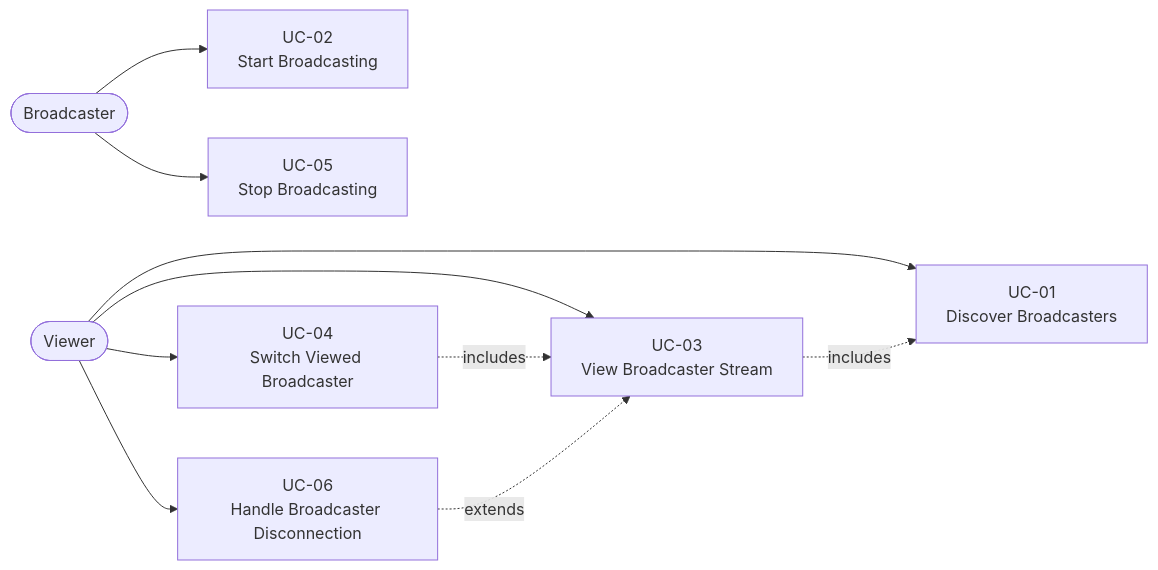
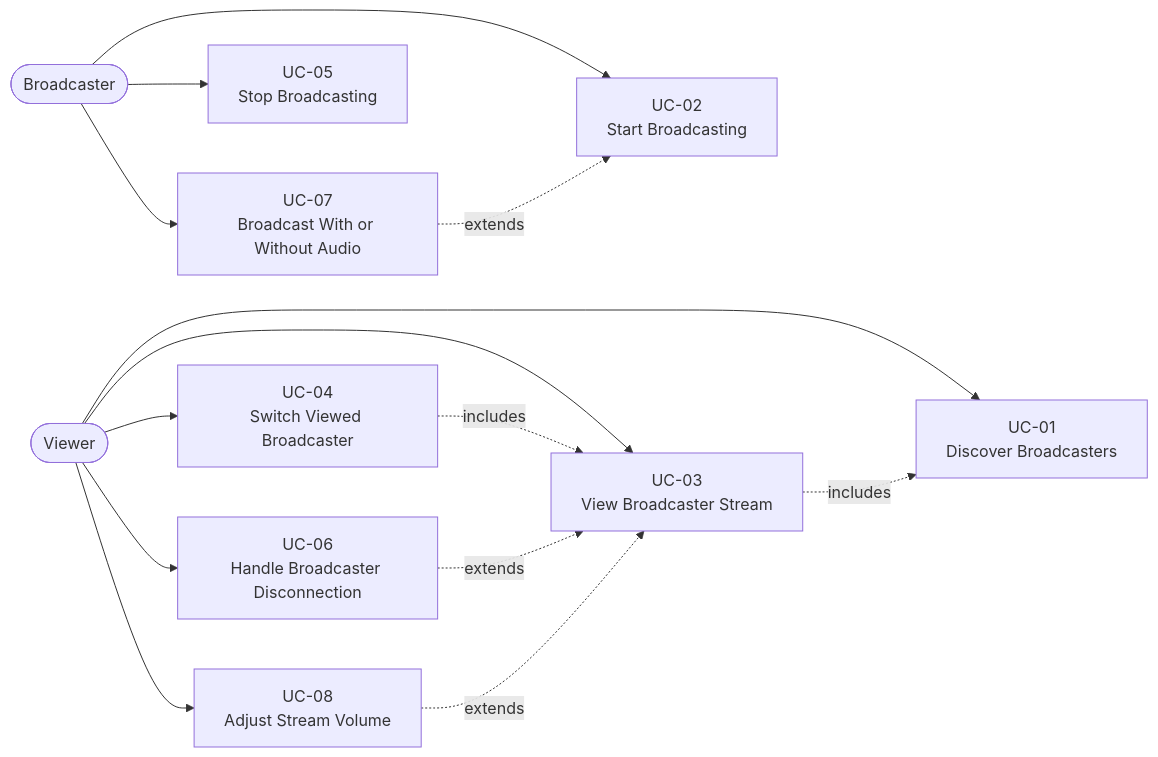
One commit to gventino/peeroxide changed the first of 5 diagrams in docs/use-cases.md. Above: the diagram before and after it, drawn with Mermaid. The commit also changed other lines of this file and 3 other files, not shown here.

````diff
--- a/docs/use-cases.md
+++ b/docs/use-cases.md
@@ -13,23 +13,29 @@
 ```mermaid
 flowchart LR
     Broadcaster(["Broadcaster"])
     Viewer(["Viewer"])
 
     UC1["UC-01<br/>Discover Broadcasters"]
     UC2["UC-02<br/>Start Broadcasting"]
     UC3["UC-03<br/>View Broadcaster Stream"]
     UC4["UC-04<br/>Switch Viewed Broadcaster"]
     UC5["UC-05<br/>Stop Broadcasting"]
     UC6["UC-06<br/>Handle Broadcaster Disconnection"]
+    UC7["UC-07<br/>Broadcast With or Without Audio"]
+    UC8["UC-08<br/>Adjust Stream Volume"]
 
     Broadcaster --> UC2
     Broadcaster --> UC5
+    Broadcaster --> UC7
     Viewer --> UC1
     Viewer --> UC3
     Viewer --> UC4
     Viewer --> UC6
+    Viewer --> UC8
 
     UC3 -.includes.-> UC1
     UC4 -.includes.-> UC3
     UC6 -.extends.-> UC3
+    UC7 -.extends.-> UC2
+    UC8 -.extends.-> UC3
 ```
````
